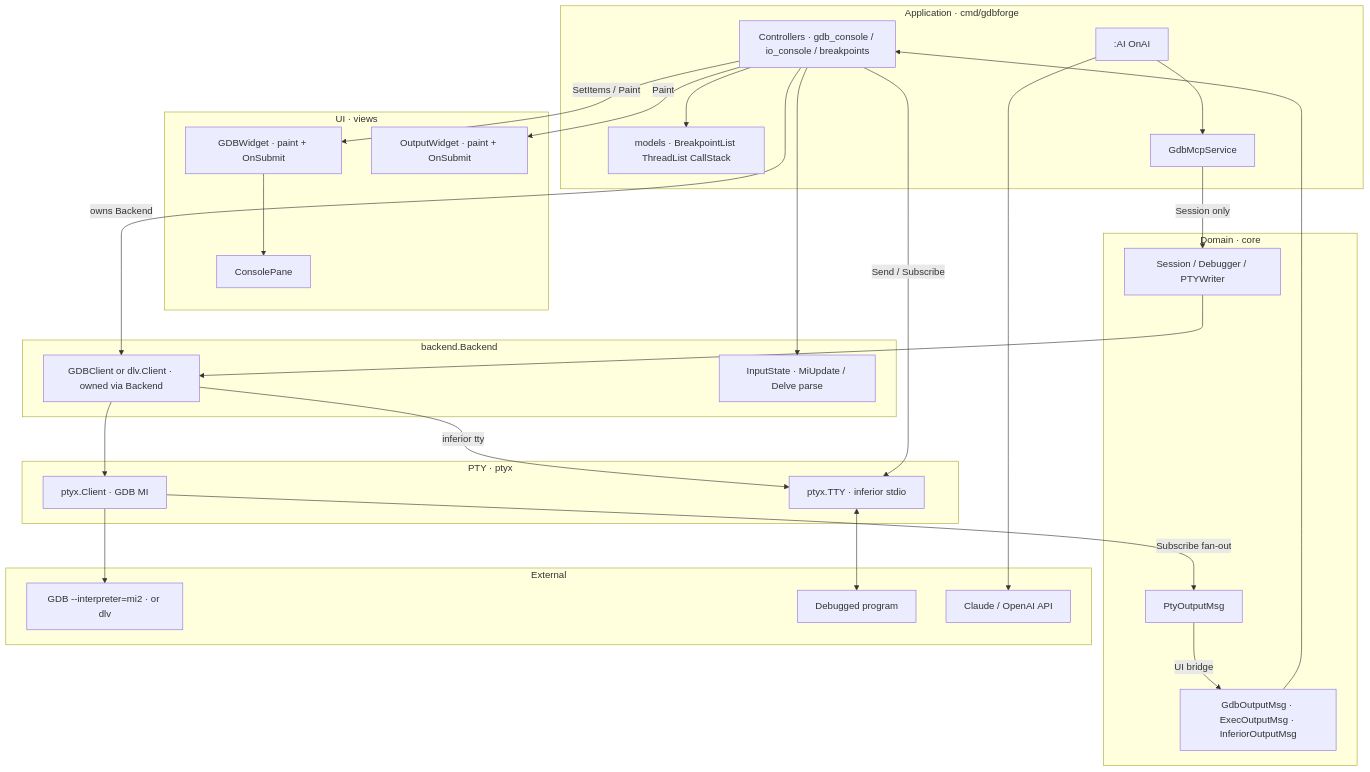
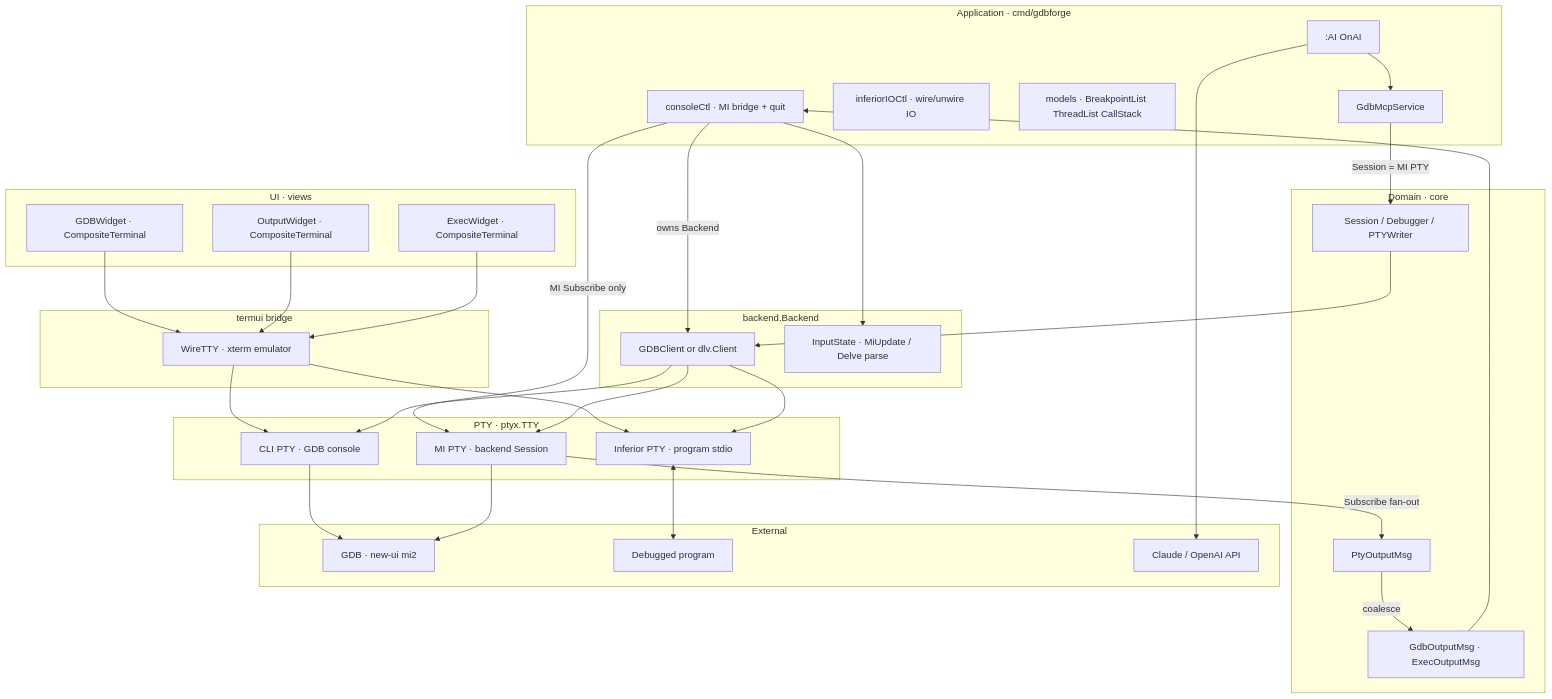
The first of 7 diagrams in docs/DEBUGGER_INTEGRATION.md (yairgd/gdbforge), drawn with Mermaid before and after one commit. The commit also changed other lines of this file and 54 other files, not shown here.

First line of the commit message:
Unify PTY transport and wire GDB/IO/exec panes through xterm CompositeTerminal.

````diff
--- a/docs/DEBUGGER_INTEGRATION.md
+++ b/docs/DEBUGGER_INTEGRATION.md
@@ -38,56 +38,63 @@
 ```mermaid
 flowchart TB
     subgraph UI["UI · views"]
-        GDBW["GDBWidget · paint + OnSubmit"]
-        Cons["ConsolePane"]
-        IOW["OutputWidget · paint + OnSubmit"]
+        GDBW["GDBWidget · CompositeTerminal"]
+        IOW["OutputWidget · CompositeTerminal"]
+        ExecW["ExecWidget · CompositeTerminal"]
+    end
+
+    subgraph TermUI["termui bridge"]
+        Wire["WireTTY · xterm emulator"]
     end
 
     subgraph App["Application · cmd/gdbforge"]
-        Ctrl["Controllers · gdb_console / io_console / breakpoints"]
+        Ctrl["consoleCtl · MI bridge + quit"]
+        InfCtl["inferiorIOCtl · wire/unwire IO"]
         Models["models · BreakpointList ThreadList CallStack"]
         AI[":AI OnAI"]
         MCP["GdbMcpService"]
     end
 
     subgraph Domain["Domain · core"]
         SessIF["Session / Debugger / PTYWriter"]
         PtyMsg["PtyOutputMsg"]
-        UIMsg["GdbOutputMsg · ExecOutputMsg · InferiorOutputMsg"]
+        UIMsg["GdbOutputMsg · ExecOutputMsg"]
     end
 
-    subgraph PTYLayer["PTY · ptyx"]
-        Pty["ptyx.Client · GDB MI"]
-        Inf["ptyx.TTY · inferior stdio"]
+    subgraph Ptyx["PTY · ptyx.TTY"]
+        CLI["CLI PTY · GDB console"]
+        MI["MI PTY · backend Session"]
+        Inf["Inferior PTY · program stdio"]
     end
 
     subgraph BackendPkg["backend.Backend"]
-        Client["GDBClient or dlv.Client · owned via Backend"]
-        MI["InputState · MiUpdate / Delve parse"]
+        Client["GDBClient or dlv.Client"]
+        Parser["InputState · MiUpdate / Delve parse"]
     end
 
     subgraph External["External"]
-        GDB["GDB --interpreter=mi2 · or dlv"]
+        GDB["GDB · new-ui mi2"]
         Prog["Debugged program"]
         LLM["Claude / OpenAI API"]
     end
 
-    GDBW --> Cons
+    GDBW --> Wire --> CLI
+    IOW --> Wire --> Inf
+    ExecW --> Wire
     Ctrl -->|"owns Backend"| Client
-    Ctrl -->|"SetItems / Paint"| GDBW
-    Ctrl -->|"Paint"| IOW
-    Ctrl --> Models
-    Client --> Pty
-    Client -->|"inferior tty"| Inf
-    Ctrl -->|"Send / Subscribe"| Inf
+    Ctrl -->|"MI Subscribe only"| MI
+    Client --> CLI
+    Client --> MI
+    Client --> Inf
     Inf <--> Prog
-    MCP -->|"Session only"| SessIF
+    MCP -->|"Session = MI PTY"| SessIF
     AI --> MCP
     AI --> LLM
     SessIF --> Client
-    Pty -->|"Subscribe fan-out"| PtyMsg
-    PtyMsg -->|"UI bridge"| UIMsg
+    MI -->|"Subscribe fan-out"| PtyMsg
+    PtyMsg -->|"coalesce"| UIMsg
     UIMsg --> Ctrl
-    Pty --> GDB
-    Ctrl --> MI
+    CLI --> GDB
+    MI --> GDB
+    Ctrl --> Parser
 ```
````
